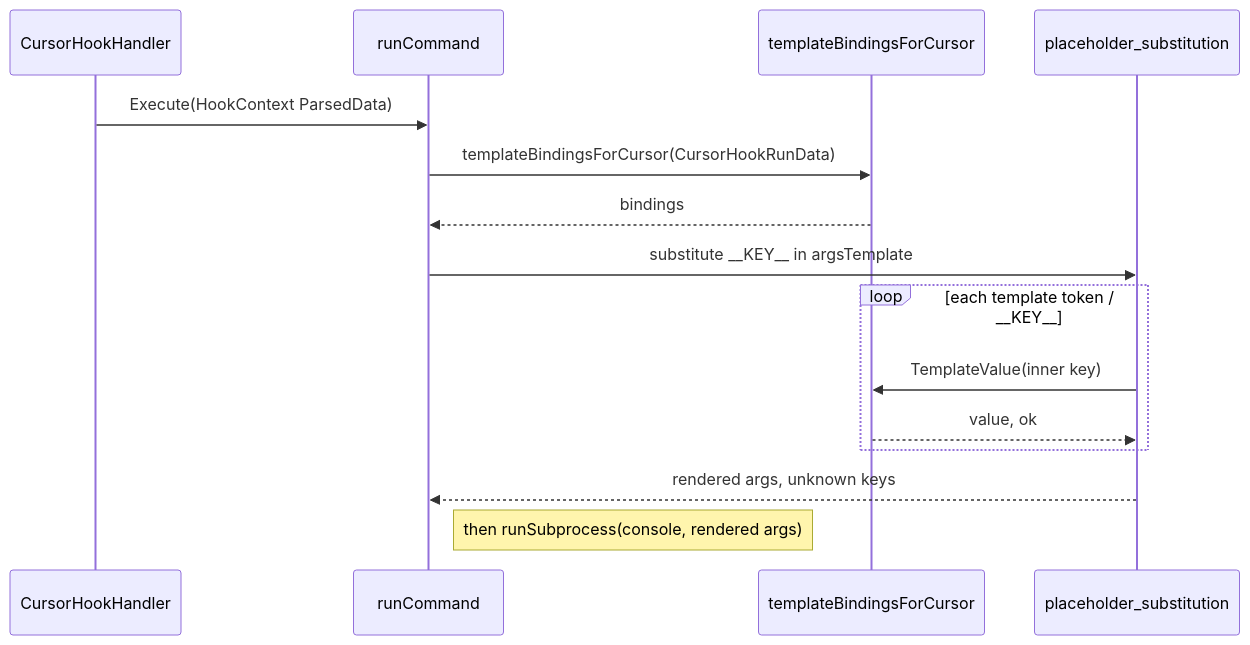
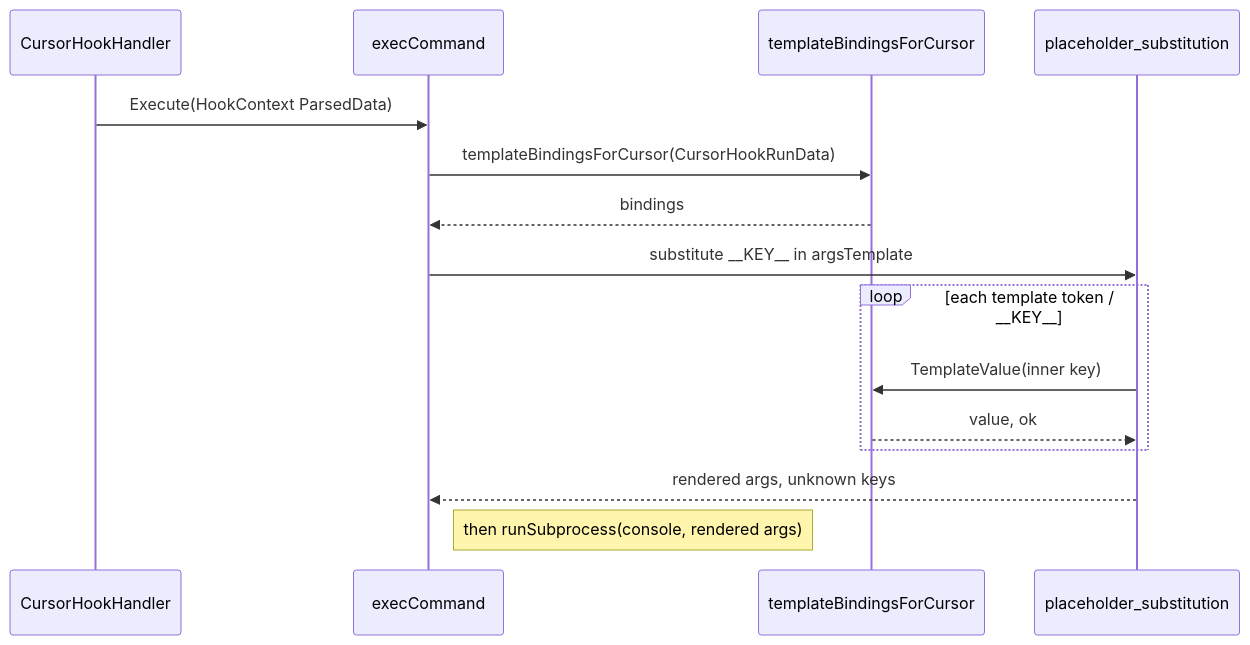
The third of 3 diagrams in README.md (sviatsviatsviat/wat), drawn with Mermaid before and after one commit. The commit also changed other lines of this file and 31 other files, not shown here.

First line of the commit message:
Rename wat subcommand run to exec; move internal/run to execcommand

````diff
--- a/README.md
+++ b/README.md
@@ -254,18 +254,18 @@
 ```mermaid
 sequenceDiagram
   participant H as CursorHookHandler
-  participant Run as runCommand
+  participant Run as execCommand
   participant TB as templateBindingsForCursor
   participant R as placeholder_substitution
 
   H->>Run: Execute(HookContext ParsedData)
   Run->>TB: templateBindingsForCursor(CursorHookRunData)
   TB-->>Run: bindings
   Run->>R: substitute __KEY__ in argsTemplate
   loop each template token / __KEY__
     R->>TB: TemplateValue(inner key)
     TB-->>R: value, ok
   end
   R-->>Run: rendered args, unknown keys
   Note right of Run: then runSubprocess(console, rendered args)
 ```
````
